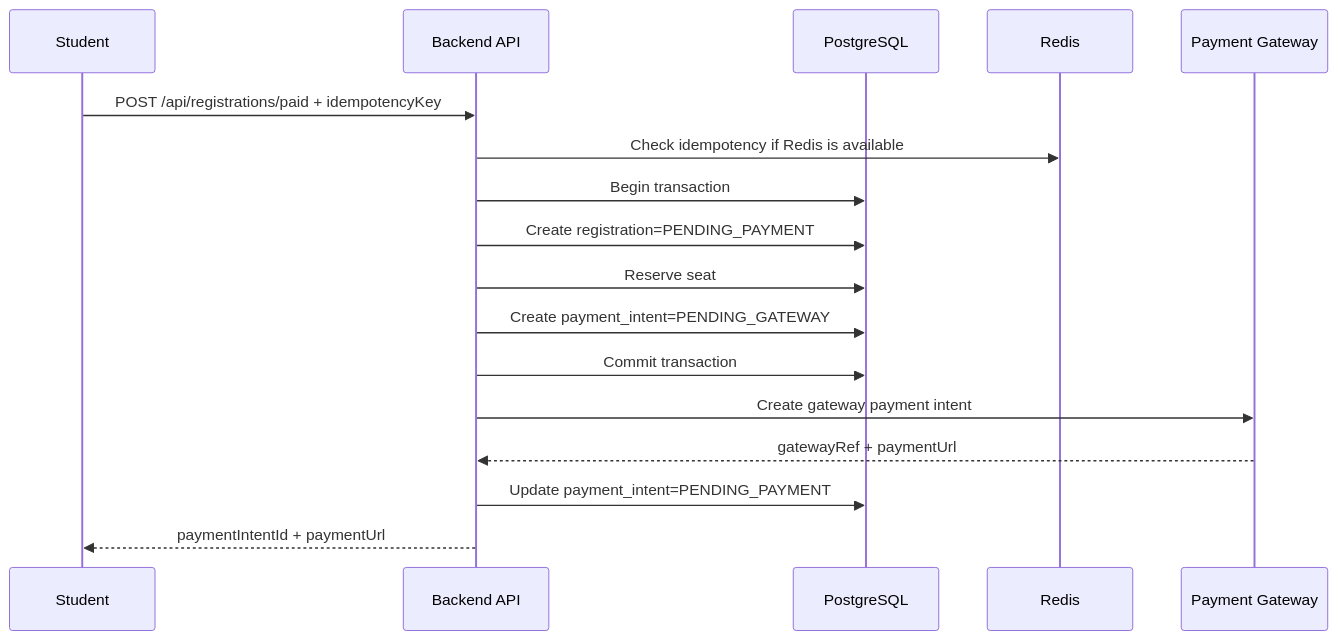
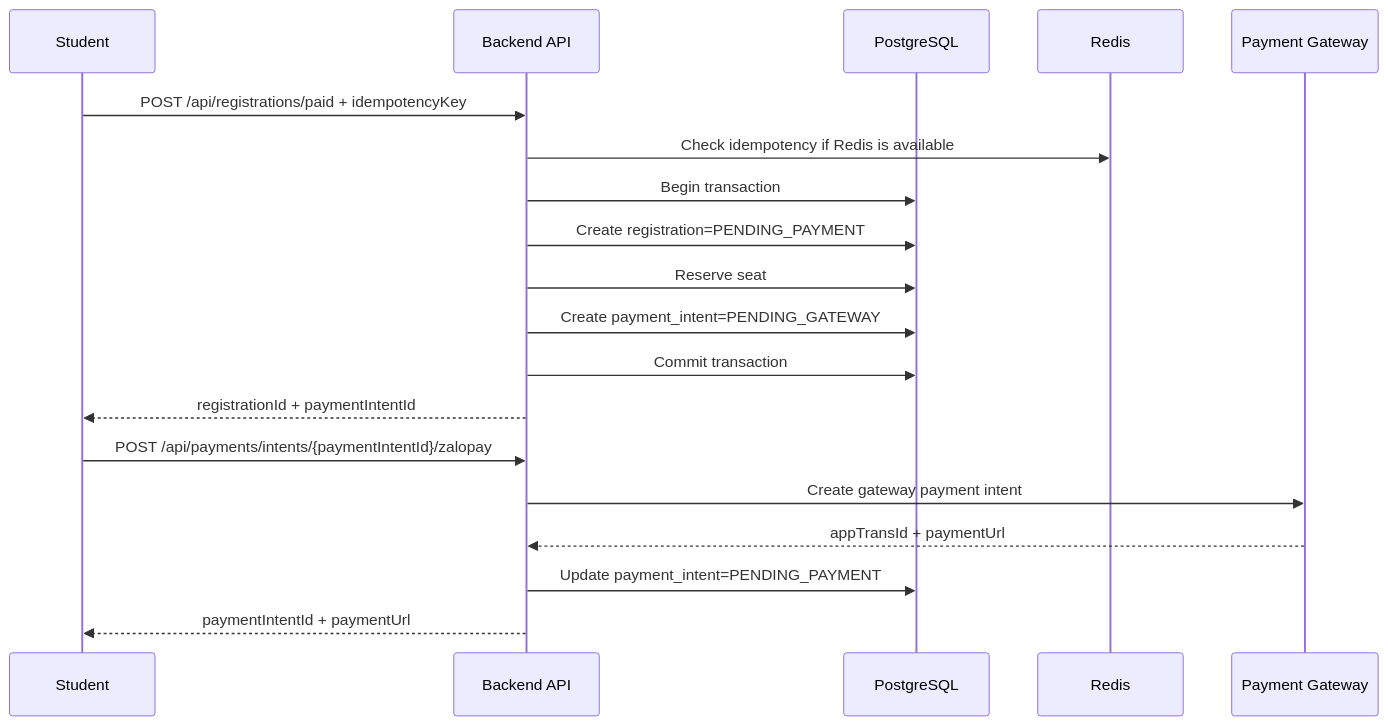
One commit to NguyenThanhTien539/unihub-workshop-system changed the first of 6 diagrams in blueprint/specs/payment.md. Above: the diagram before and after it, drawn with Mermaid. The commit also changed other lines of this file and 22 other files, not shown here.

````diff
--- a/blueprint/specs/payment.md
+++ b/blueprint/specs/payment.md
@@ -56,20 +57,22 @@
 ```mermaid
 sequenceDiagram
     participant S as Student
     participant API as Backend API
     participant DB as PostgreSQL
     participant Redis as Redis
     participant P as Payment Gateway
 
     S->>API: POST /api/registrations/paid + idempotencyKey
     API->>Redis: Check idempotency if Redis is available
     API->>DB: Begin transaction
     API->>DB: Create registration=PENDING_PAYMENT
     API->>DB: Reserve seat
     API->>DB: Create payment_intent=PENDING_GATEWAY
     API->>DB: Commit transaction
+    API-->>S: registrationId + paymentIntentId
+    S->>API: POST /api/payments/intents/{paymentIntentId}/zalopay
     API->>P: Create gateway payment intent
-    P-->>API: gatewayRef + paymentUrl
+    P-->>API: appTransId + paymentUrl
     API->>DB: Update payment_intent=PENDING_PAYMENT
     API-->>S: paymentIntentId + paymentUrl
 ```
````
